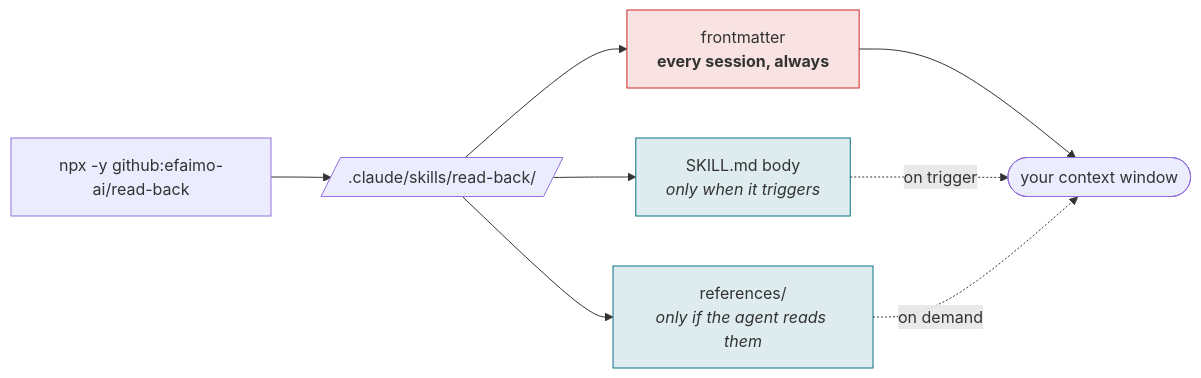
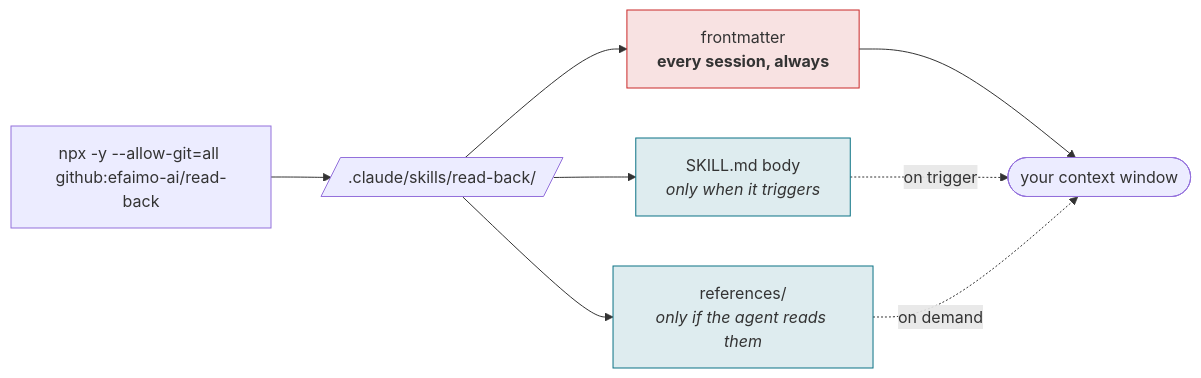
Before and after one commit to efaimo-ai/read-back: the second of 3 diagrams in README.md, drawn with Mermaid. The commit also changed other lines of this file, not shown here.

````diff
--- a/README.md
+++ b/README.md
@@ -129,14 +140,14 @@
 ```mermaid
 flowchart LR
-    N["npx -y github:efaimo-ai/read-back"] --> D[/".claude/skills/read-back/"/]
+    N["npx -y --allow-git=all github:efaimo-ai/read-back"] --> D[/".claude/skills/read-back/"/]
     D --> M["frontmatter<br/><b>every session, always</b>"]
     D --> B["SKILL.md body<br/><i>only when it triggers</i>"]
     D --> R["references/<br/><i>only if the agent reads them</i>"]
     M --> S(["your context window"])
     B -.->|"on trigger"| S
     R -.->|"on demand"| S
     classDef always fill:#c9282822,stroke:#c92828,stroke-width:1px;
     classDef lazy fill:#0b728522,stroke:#0b7285,stroke-width:1px;
     class M always;
     class B,R lazy;
 ```
````
